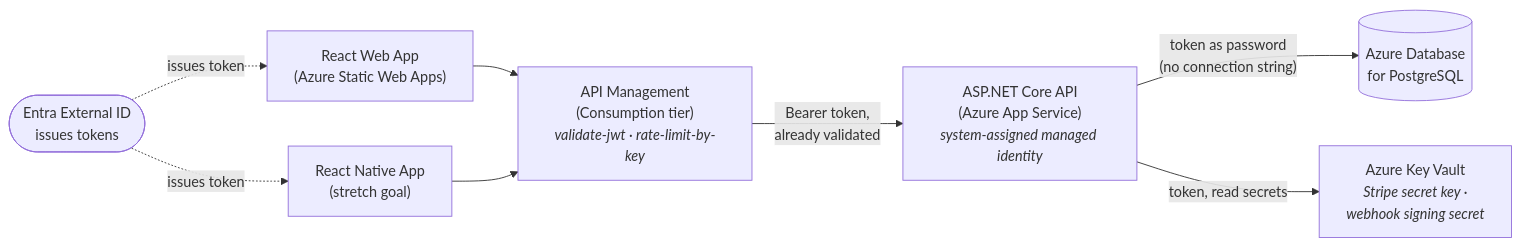
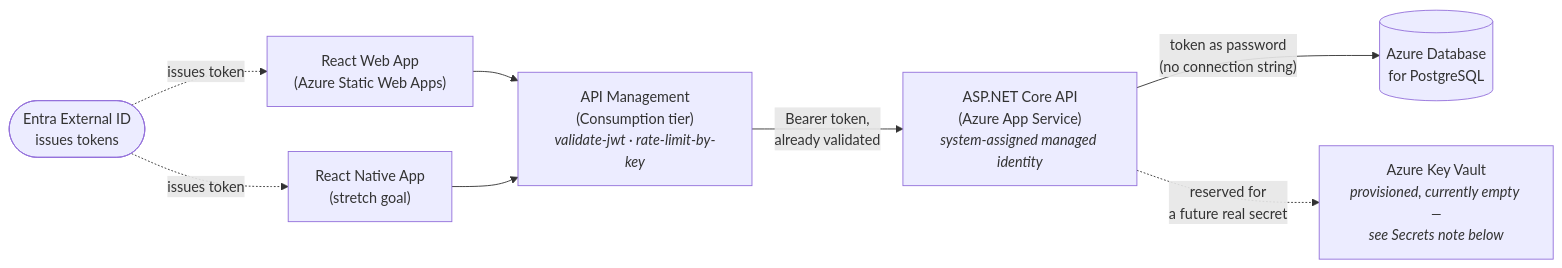
Before and after one commit to tylerdurden151/Video_Link_Vault: the diagram in PRD.md, drawn with Mermaid. The commit also changed other lines of this file, not shown here.

````diff
--- a/PRD.md
+++ b/PRD.md
@@ -18,18 +18,18 @@
 ```mermaid
 flowchart LR
     Web["React Web App<br/>(Azure Static Web Apps)"]
     Mobile["React Native App<br/>(stretch goal)"]
     Entra(["Entra External ID<br/>issues tokens"])
     APIM["API Management<br/>(Consumption tier)<br/><i>validate-jwt · rate-limit-by-key</i>"]
     Api["ASP.NET Core API<br/>(Azure App Service)<br/><i>system-assigned managed identity</i>"]
     DB[("Azure Database<br/>for PostgreSQL")]
-    KV["Azure Key Vault<br/><i>Stripe secret key ·<br/>webhook signing secret</i>"]
+    KV["Azure Key Vault<br/><i>provisioned, currently empty —<br/>see Secrets note below</i>"]
 
     Entra -. issues token .-> Web
     Entra -. issues token .-> Mobile
     Web --> APIM
     Mobile --> APIM
     APIM -->|"Bearer token,<br/>already validated"| Api
     Api -->|"token as password<br/>(no connection string)"| DB
-    Api -->|"token, read secrets"| KV
+    Api -.->|"reserved for<br/>a future real secret"| KV
 ```
````
